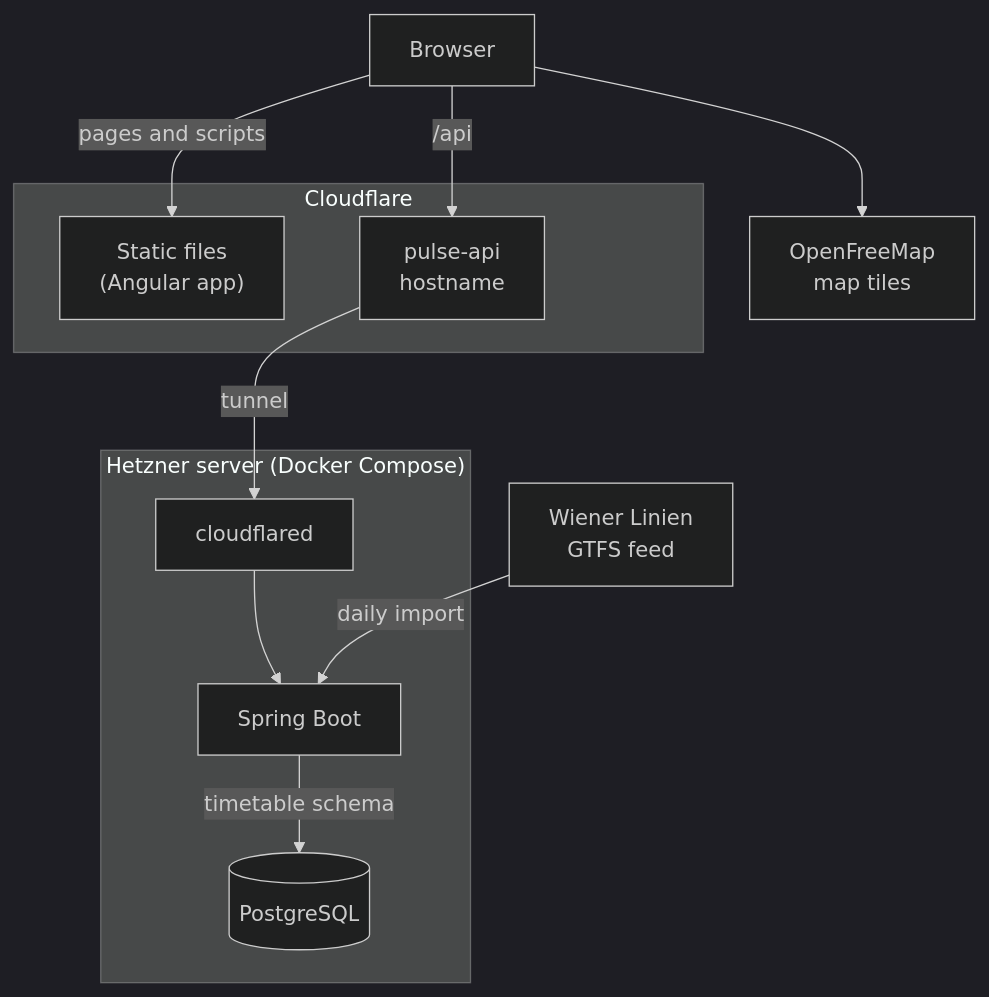
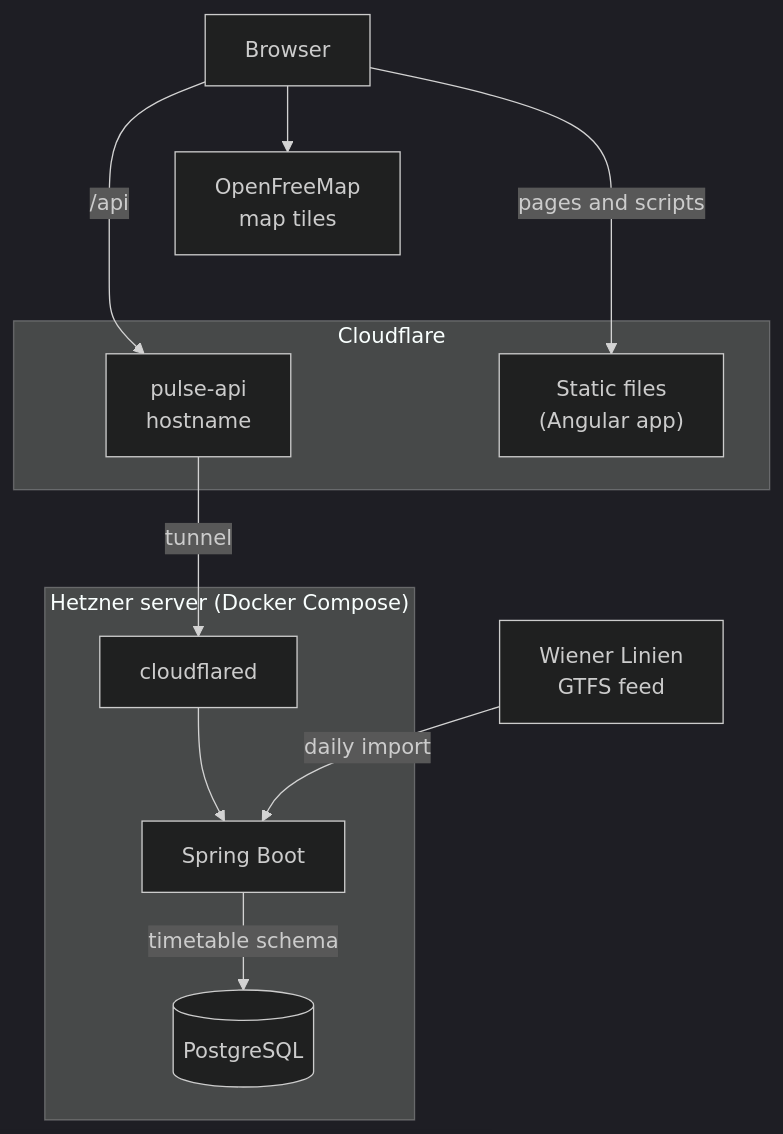
The diagram in README.md (vlad-dancea/vienna-pulse-v2), drawn with Mermaid (dark theme) before and after one commit.

Commit message:
Keep PostgreSQL clear of GitHub's zoom buttons
On a phone GitHub shrinks the diagram to the screen width, and its zoom
buttons cover the bottom right corner, which hid part of PostgreSQL. Two
invisible links move the feed under the static files and the API under
the map tiles. That puts the Hetzner box on the left and makes the
diagram narrower, without an edge crossing the invisible links.

````diff
--- a/README.md
+++ b/README.md
@@ -17,24 +17,27 @@
 ```mermaid
 flowchart TB
     browser["Browser"]
     tiles["OpenFreeMap<br/>map tiles"]
     feed["Wiener Linien<br/>GTFS feed"]
     subgraph cloudflare["Cloudflare"]
         assets["Static files<br/>(Angular app)"]
         api["pulse-api<br/>hostname"]
     end
     subgraph server["Hetzner server (Docker Compose)"]
         cloudflared["cloudflared"]
         backend["Spring Boot"]
         postgres[("PostgreSQL")]
     end
     browser -->|"pages and scripts"| assets
     browser -->|"/api"| api
     browser --> tiles
     api -->|"tunnel"| cloudflared
     cloudflared --> backend
     backend -->|"timetable schema"| postgres
     feed -->|"daily import"| backend
-    %% Draws no line. It puts the feed below Cloudflare, which keeps the diagram narrow.
-    api ~~~ feed
+    %% These draw no lines. They put the feed under the static files and the API under the
+    %% map tiles, which keeps the diagram narrow and PostgreSQL clear of GitHub's zoom
+    %% buttons in the bottom right corner.
+    assets ~~~ feed
+    tiles ~~~ api
 ```
````
